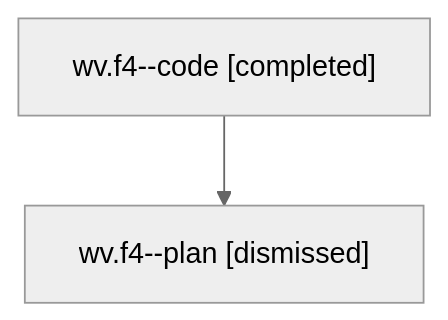
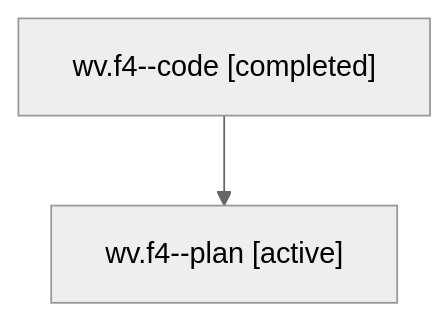
One commit to sase-org/sase--agents changed the diagram in families/bbugyi200.athena.wv.f4.md. Above: the diagram before and after it, drawn with Mermaid (neutral theme). The commit also changed other lines of this file and 35830 other files, not shown here.

````diff
--- a/families/bbugyi200.athena.wv.f4.md
+++ b/families/bbugyi200.athena.wv.f4.md
@@ -9,6 +9,6 @@
 ```mermaid
 flowchart TD
   n0["wv.f4--code [completed]"]
-  n1["wv.f4--plan [dismissed]"]
+  n1["wv.f4--plan [active]"]
   n0 --> n1
 ```
````
